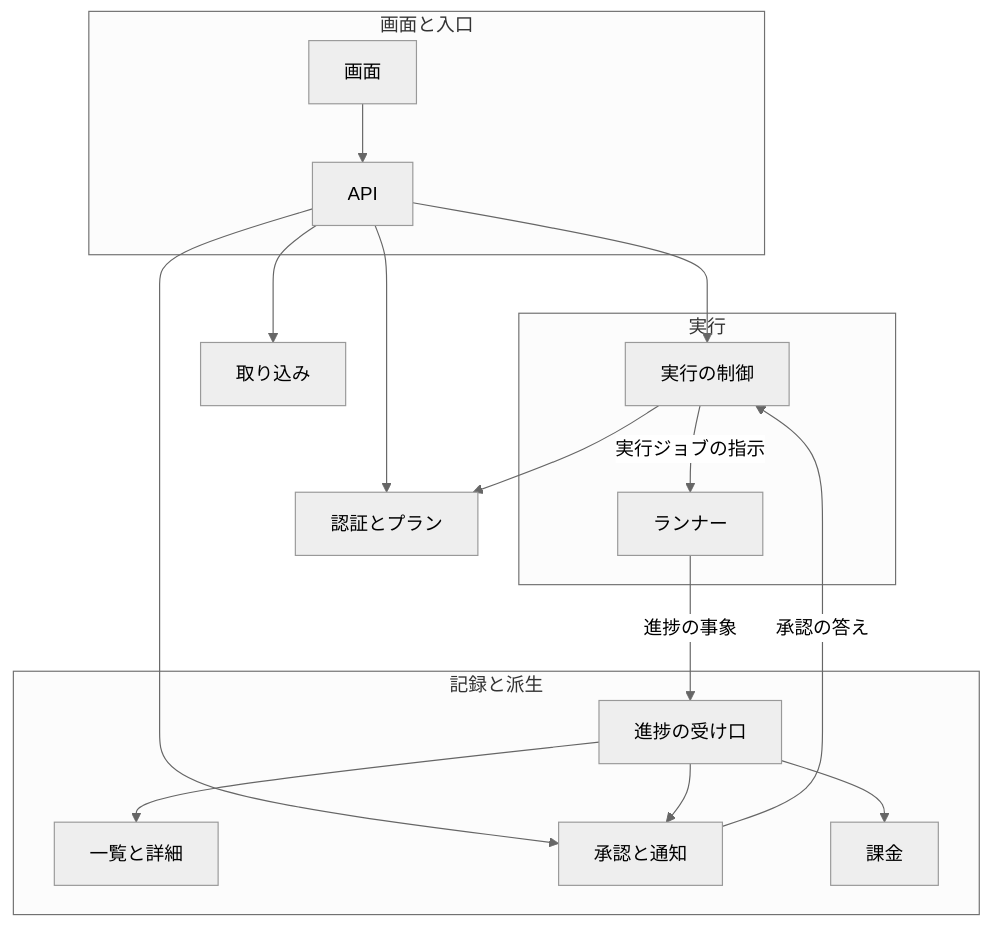
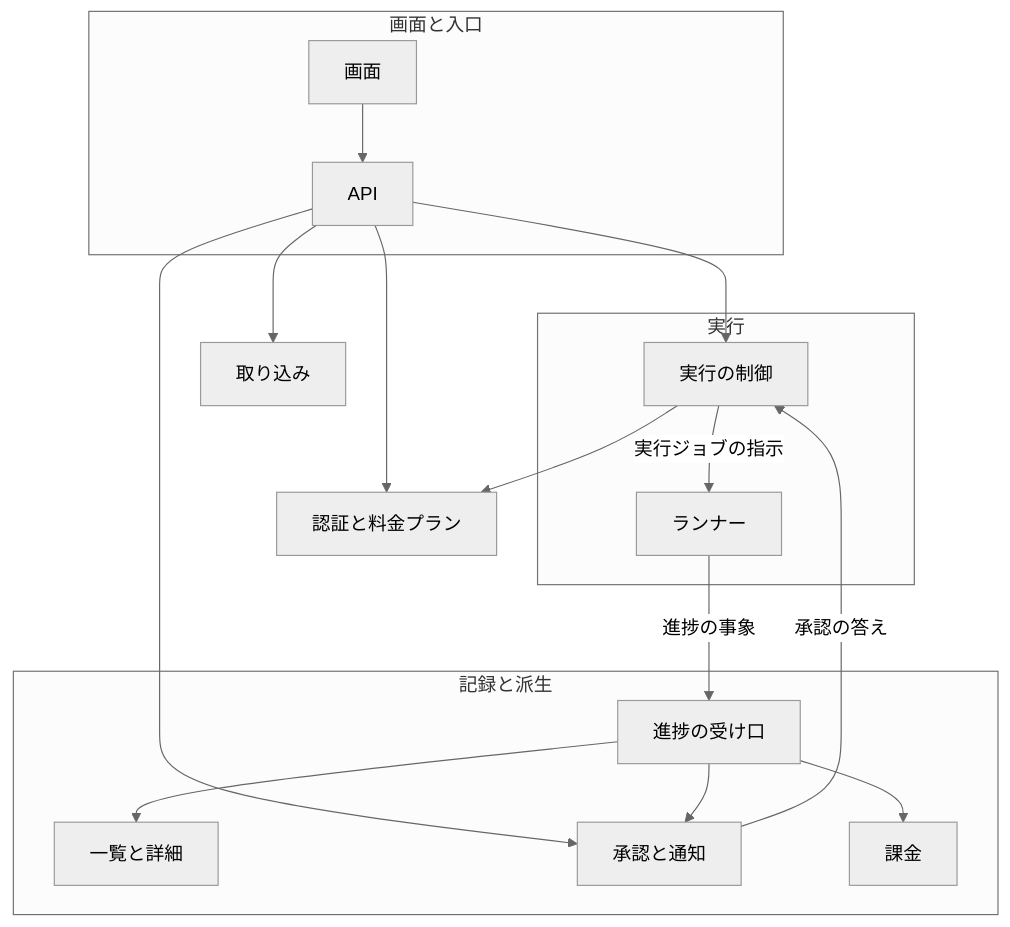
The second of 6 diagrams in docs/specifications/ndf-factory-service-boundary.md (devbasex/ai-plugins), drawn with Mermaid (neutral theme) before and after one commit. The commit also changed other lines of this file and 33 other files, not shown here.

````diff
--- a/docs/specifications/ndf-factory-service-boundary.md
+++ b/docs/specifications/ndf-factory-service-boundary.md
@@ -167,31 +167,31 @@
 ```mermaid
 graph TD
     subgraph sg1["画面と入口"]
         WEB[画面]
         API[API]
     end
     subgraph sg2["実行"]
         CTRL[実行の制御]
         RUN[ランナー]
     end
     subgraph sg3["記録と派生"]
         ING[進捗の受け口]
         VIEW[一覧と詳細]
         APR[承認と通知]
         BILL[課金]
     end
-    AUTH[認証とプラン]
+    AUTH[認証と料金プラン]
     REPO[取り込み]
     WEB --> API
     API --> AUTH
     API --> REPO
     API --> CTRL
     API --> APR
     CTRL -->|実行ジョブの指示| RUN
     RUN -->|進捗の事象| ING
     ING --> VIEW
     ING --> APR
     ING --> BILL
     APR -->|承認の答え| CTRL
     CTRL --> AUTH
 ```
````
